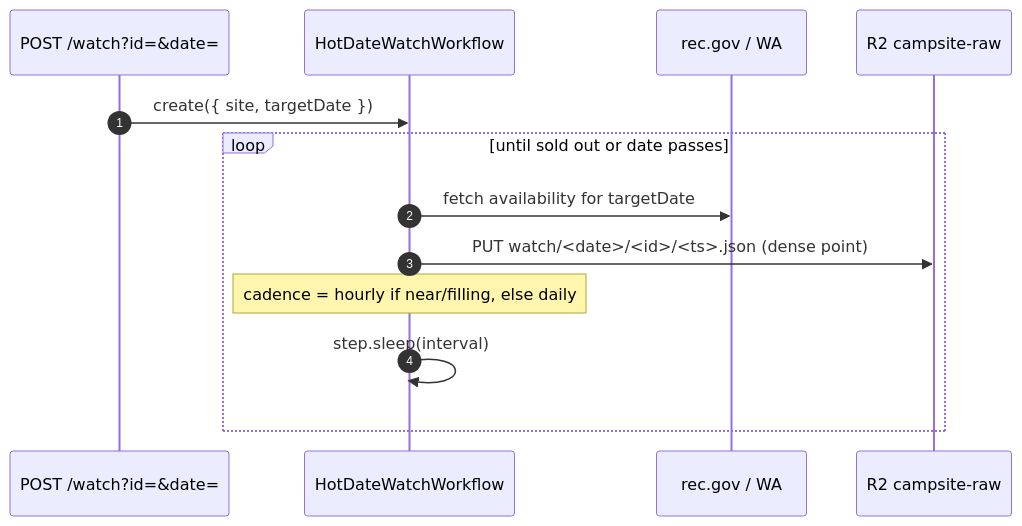
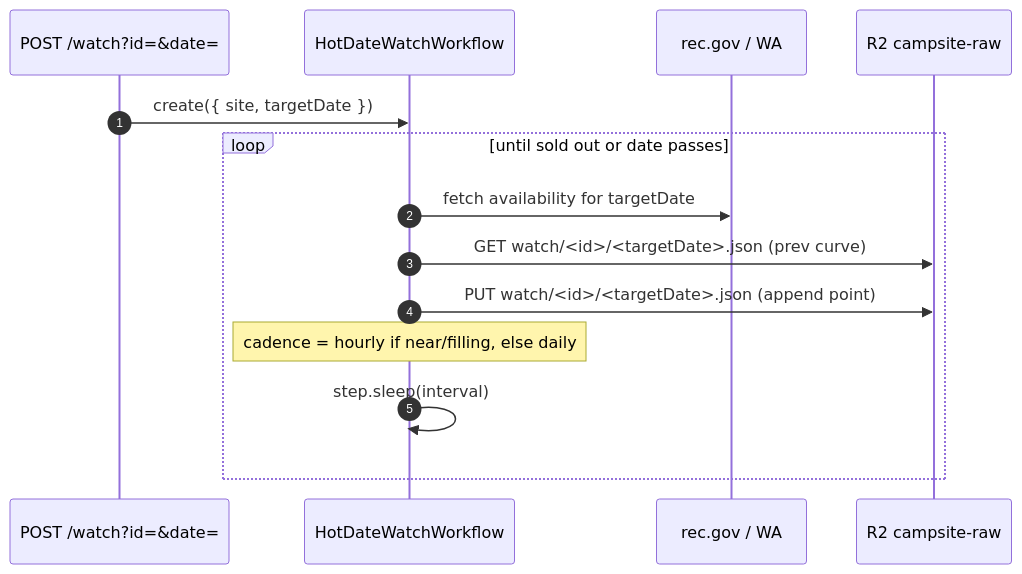
The third of 3 diagrams in backend/README.md (robogeosociety/robot-geographical-society), drawn with Mermaid before and after one commit. The commit also changed other lines of this file and 13 other files, not shown here.

````diff
--- a/backend/README.md
+++ b/backend/README.md
@@ -94,15 +94,16 @@
 ```mermaid
 sequenceDiagram
   autonumber
   participant U as POST /watch?id=&date=
   participant W as HotDateWatchWorkflow
   participant S as rec.gov / WA
   participant R2 as R2 campsite-raw
   U->>W: create({ site, targetDate })
   loop until sold out or date passes
     W->>S: fetch availability for targetDate
-    W->>R2: PUT watch/<date>/<id>/<ts>.json  (dense point)
+    W->>R2: GET watch/<id>/<targetDate>.json  (prev curve)
+    W->>R2: PUT watch/<id>/<targetDate>.json  (append point)
     Note over W: cadence = hourly if near/filling, else daily
     W->>W: step.sleep(interval)
   end
 ```
````
